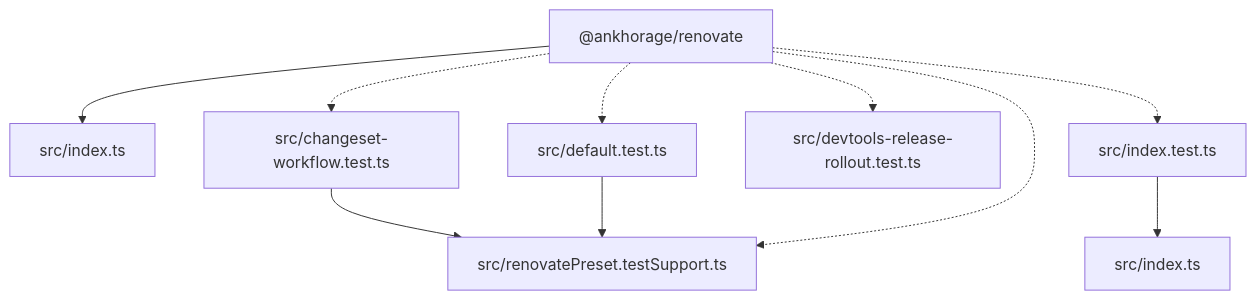
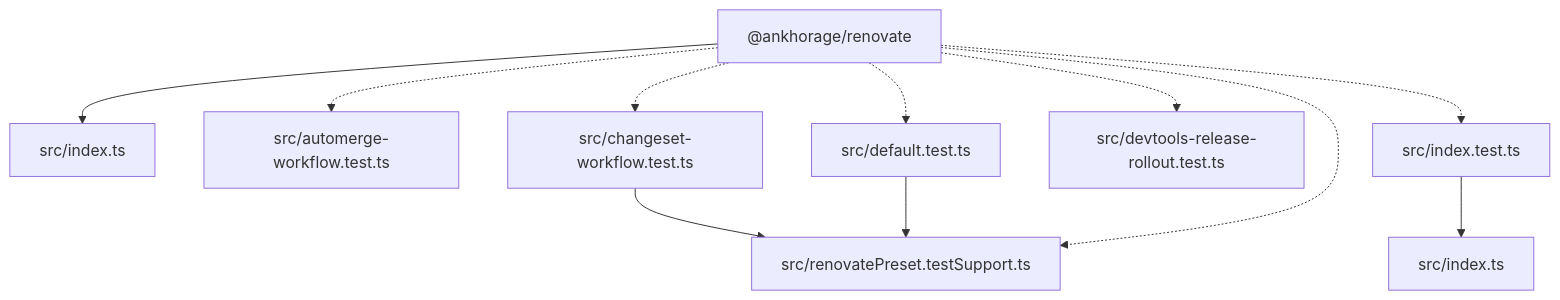
Before and after one commit to ankhorage/renovate: the diagram in paradox/diagrams/architecture-overview.mmd, drawn with Mermaid. The commit also changed 14 other files, not shown here.

```diff
--- a/paradox/diagrams/architecture-overview.mmd
+++ b/paradox/diagrams/architecture-overview.mmd
@@ -1,18 +1,20 @@
 graph TD
   package__ankhorage_renovate["@ankhorage/renovate"]
   entrypoint_src_index_ts["src/index.ts"]
   package__ankhorage_renovate --> entrypoint_src_index_ts
+  module_src_automerge_workflow_test_ts["src/automerge-workflow.test.ts"]
+  package__ankhorage_renovate -.-> module_src_automerge_workflow_test_ts
   module_src_changeset_workflow_test_ts["src/changeset-workflow.test.ts"]
   package__ankhorage_renovate -.-> module_src_changeset_workflow_test_ts
   module_src_changeset_workflow_test_ts --> module_src_renovatePreset_testSupport_ts
   module_src_default_test_ts["src/default.test.ts"]
   package__ankhorage_renovate -.-> module_src_default_test_ts
   module_src_default_test_ts --> module_src_renovatePreset_testSupport_ts
   module_src_devtools_release_rollout_test_ts["src/devtools-release-rollout.test.ts"]
   package__ankhorage_renovate -.-> module_src_devtools_release_rollout_test_ts
   module_src_index_test_ts["src/index.test.ts"]
   package__ankhorage_renovate -.-> module_src_index_test_ts
   module_src_index_test_ts --> module_src_index_ts
   module_src_index_ts["src/index.ts"]
   module_src_renovatePreset_testSupport_ts["src/renovatePreset.testSupport.ts"]
   package__ankhorage_renovate -.-> module_src_renovatePreset_testSupport_ts
```
